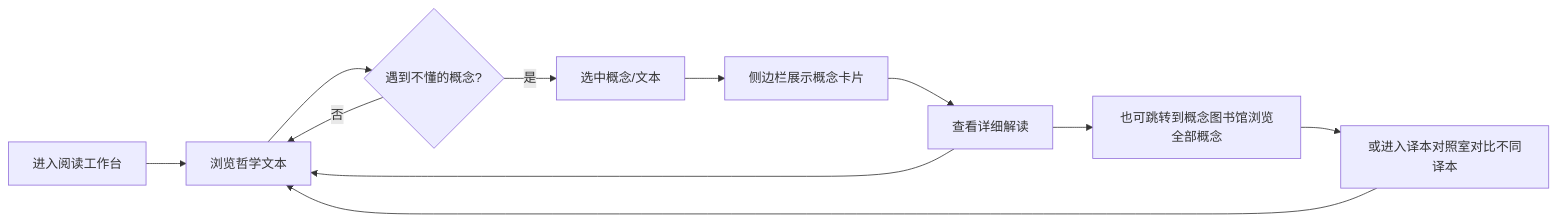
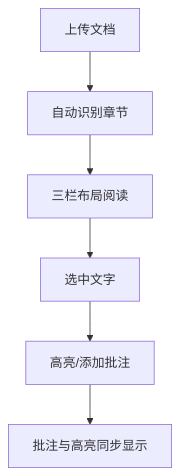
Before and after one commit to olivia-ship-it-coder/trytest: the diagram in .trae/documents/prd.md, drawn with Mermaid. The commit also changed other lines of this file and 7 other files, not shown here.

````diff
--- a/.trae/documents/prd.md
+++ b/.trae/documents/prd.md
@@ -38,13 +25,8 @@
 ```mermaid
-flowchart LR
-    A["进入阅读工作台"] --> B["浏览哲学文本"]
-    B --> C{"遇到不懂的概念?"}
-    C -->|"是"| D["选中概念/文本"]
-    C -->|"否"| B
-    D --> E["侧边栏展示概念卡片"]
-    E --> F["查看详细解读"]
-    F --> G["也可跳转到概念图书馆浏览全部概念"]
-    G --> H["或进入译本对照室对比不同译本"]
-    H --> B
-    F --> B
+flowchart TD
+  A[上传文档] --> B[自动识别章节]
+  B --> C[三栏布局阅读]
+  C --> D[选中文字]
+  D --> E[高亮/添加批注]
+  E --> F[批注与高亮同步显示]
 ```
````
